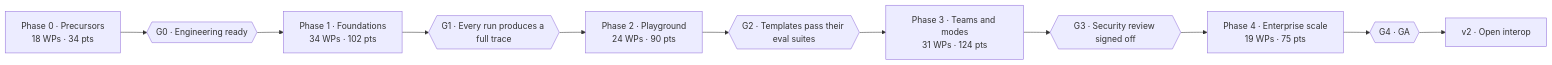
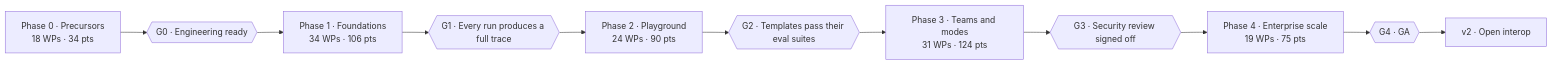
The diagram in program/ROADMAP.md (vikram2409-eng/Lanesra-OS), drawn with Mermaid before and after one commit. The commit also changed other lines of this file and 8 other files, not shown here.

````diff
--- a/program/ROADMAP.md
+++ b/program/ROADMAP.md
@@ -9,9 +9,9 @@
 ```mermaid
 flowchart LR
   P0["Phase 0 · Precursors<br/>18 WPs · 34 pts"] --> G0{{"G0 · Engineering ready"}}
-  G0 --> P1["Phase 1 · Foundations<br/>34 WPs · 102 pts"] --> G1{{"G1 · Every run produces a full trace"}}
+  G0 --> P1["Phase 1 · Foundations<br/>34 WPs · 106 pts"] --> G1{{"G1 · Every run produces a full trace"}}
   G1 --> P2["Phase 2 · Playground<br/>24 WPs · 90 pts"] --> G2{{"G2 · Templates pass their eval suites"}}
   G2 --> P3["Phase 3 · Teams and modes<br/>31 WPs · 124 pts"] --> G3{{"G3 · Security review signed off"}}
   G3 --> P4["Phase 4 · Enterprise scale<br/>19 WPs · 75 pts"] --> G4{{"G4 · GA"}}
   G4 --> V2["v2 · Open interop"]
 ```
````
